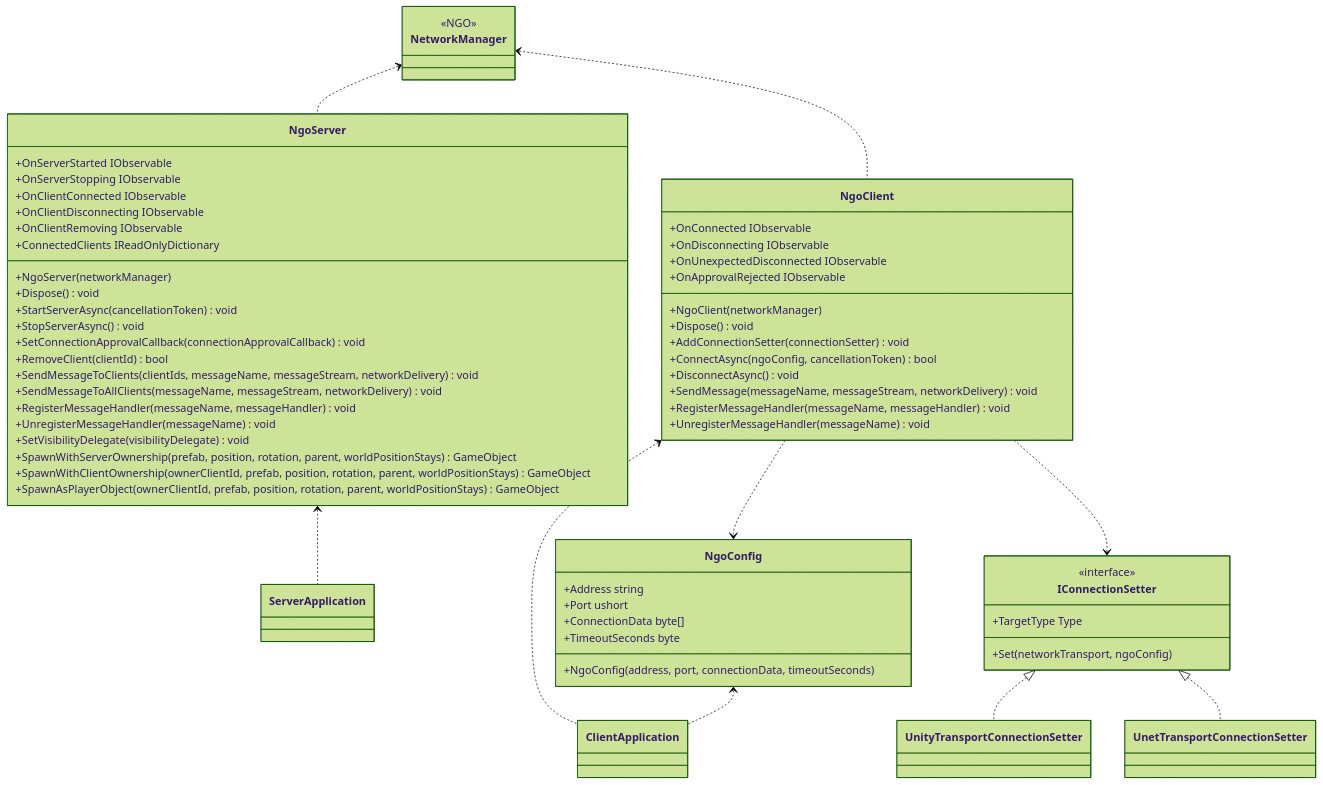
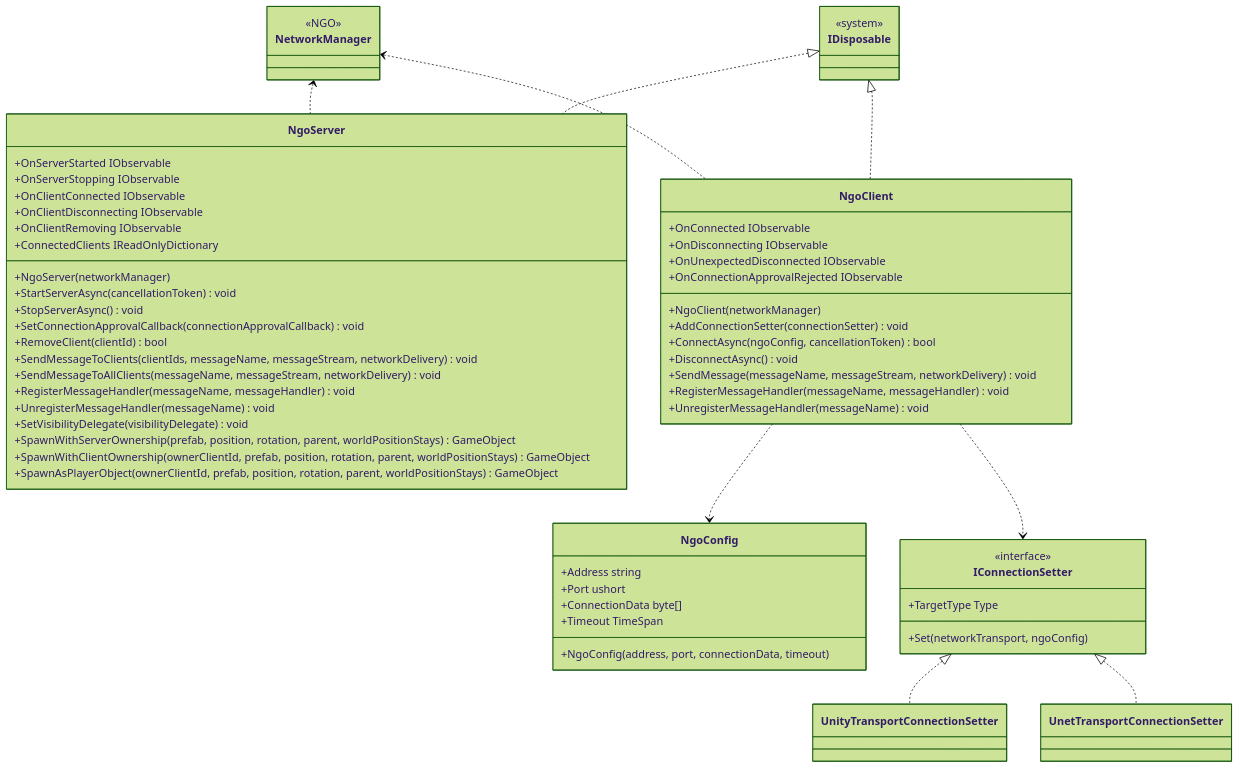
The diagram in docs/integration/multiplay.ngo.md (extreal-dev/Extreal.Guide), drawn with Mermaid (forest theme) before and after one commit. The commit also changed other lines of this file and 18 other files, not shown here.

````diff
--- a/docs/integration/multiplay.ngo.md
+++ b/docs/integration/multiplay.ngo.md
@@ -50,81 +69,76 @@
 ```mermaid
 classDiagram
 
-    NgoServer <.. ServerApplication
-    NgoClient <.. ClientApplication
-    NgoConfig <.. ClientApplication
     NetworkManager <.. NgoServer
     NetworkManager <.. NgoClient
     NgoClient ..> NgoConfig
     NgoClient ..> IConnectionSetter
     IConnectionSetter <|.. UnityTransportConnectionSetter
     IConnectionSetter <|.. UnetTransportConnectionSetter
-
-    class ServerApplication {
-    }
-
-    class ClientApplication {
-    }
+    IDisposable <|.. NgoServer
+    IDisposable <|.. NgoClient
 
     class NetworkManager {
         <<NGO>>
     }
 
     class NgoServer {
         +OnServerStarted IObservable
         +OnServerStopping IObservable
         +OnClientConnected IObservable
         +OnClientDisconnecting IObservable
         +OnClientRemoving IObservable
         +ConnectedClients IReadOnlyDictionary
         +NgoServer(networkManager)
-        +Dispose() void
         +StartServerAsync(cancellationToken) void
         +StopServerAsync() void
         +SetConnectionApprovalCallback(connectionApprovalCallback) void
         +RemoveClient(clientId) bool
         +SendMessageToClients(clientIds, messageName, messageStream, networkDelivery) void
         +SendMessageToAllClients(messageName, messageStream, networkDelivery) void
         +RegisterMessageHandler(messageName, messageHandler) void
         +UnregisterMessageHandler(messageName) void
         +SetVisibilityDelegate(visibilityDelegate) void
         +SpawnWithServerOwnership(prefab, position, rotation, parent, worldPositionStays) GameObject
         +SpawnWithClientOwnership(ownerClientId, prefab, position, rotation, parent, worldPositionStays) GameObject
         +SpawnAsPlayerObject(ownerClientId, prefab, position, rotation, parent, worldPositionStays) GameObject
     }
 
     class NgoClient {
         +OnConnected IObservable
         +OnDisconnecting IObservable
         +OnUnexpectedDisconnected IObservable
-        +OnApprovalRejected IObservable
+        +OnConnectionApprovalRejected IObservable
         +NgoClient(networkManager)
-        +Dispose() void
         +AddConnectionSetter(connectionSetter) void
         +ConnectAsync(ngoConfig, cancellationToken) bool
         +DisconnectAsync() void
         +SendMessage(messageName, messageStream, networkDelivery) void
         +RegisterMessageHandler(messageName, messageHandler) void
         +UnregisterMessageHandler(messageName) void
     }
 
     class NgoConfig {
         +Address string
         +Port ushort
         +ConnectionData byte[]
-        +TimeoutSeconds byte
-        +NgoConfig(address, port, connectionData, timeoutSeconds)
+        +Timeout TimeSpan
+        +NgoConfig(address, port, connectionData, timeout)
     }
 
     class IConnectionSetter {
         <<interface>>
         +TargetType Type
         +Set(networkTransport, ngoConfig)
     }
 
     class UnityTransportConnectionSetter {
     }
 
     class UnetTransportConnectionSetter {
     }
+
+    class IDisposable {
+        <<system>>
+    }
 ```
````
